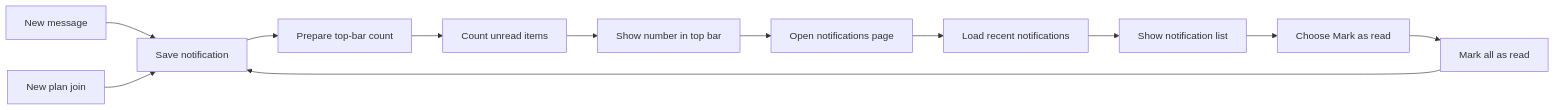
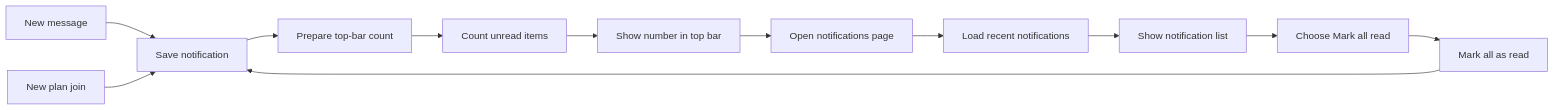
Before and after one commit to harvseale-ai/kindelise-: diagram 11 of 13 in docs/RUNTIME.md, drawn with Mermaid. The commit also changed other lines of this file and 53 other files, not shown here.

````diff
--- a/docs/RUNTIME.md
+++ b/docs/RUNTIME.md
@@ -400,25 +402,25 @@
 ```mermaid
 flowchart LR
   A["New message"] --> C["Save notification"]
   B["New plan join"] --> C
   C --> D["Prepare top-bar count"]
   D --> E["Count unread items"]
   E --> F["Show number in top bar"]
   F --> G["Open notifications page"]
   G --> H["Load recent notifications"]
   H --> I["Show notification list"]
-  I --> J["Choose Mark as read"]
+  I --> J["Choose Mark all read"]
   J --> K["Mark all as read"]
   K --> C
   click A "kindlelise/services/messages.py#Ssend_direct_message" "Open message notification creation"
   click B "kindlelise/services/plans.py#Sjoin_approved_plan_and_lock_meeting_details" "Open plan-join notification creation"
   click C "kindlelise/models.py#SNotification" "Open Notification model"
   click D "kindlelise/context_processors.py#Snotification_badge" "Open shared context processor"
-  click E "kindlelise/selectors.py#Sget_unread_notification_count" "Open unread count query"
+  click E "kindlelise/selectors/accounts.py#Sget_unread_notification_count" "Open unread count query"
   click F "templates/base.html#L1" "Open the notification icon"
   click G "kindlelise/views/accounts.py#Snotifications_page" "Open notifications page"
-  click H "kindlelise/selectors.py#Sget_recent_notifications" "Open recent alerts query"
+  click H "kindlelise/selectors/accounts.py#Sget_recent_notifications" "Open recent alerts query"
   click I "templates/notifications.html#L1" "Open notifications template"
   click J "kindlelise/views/accounts.py#Smark_notifications_read" "Open mark-read endpoint"
   click K "kindlelise/services/accounts.py#Smark_all_notifications_read" "Open mark-read update"
 ```
````
